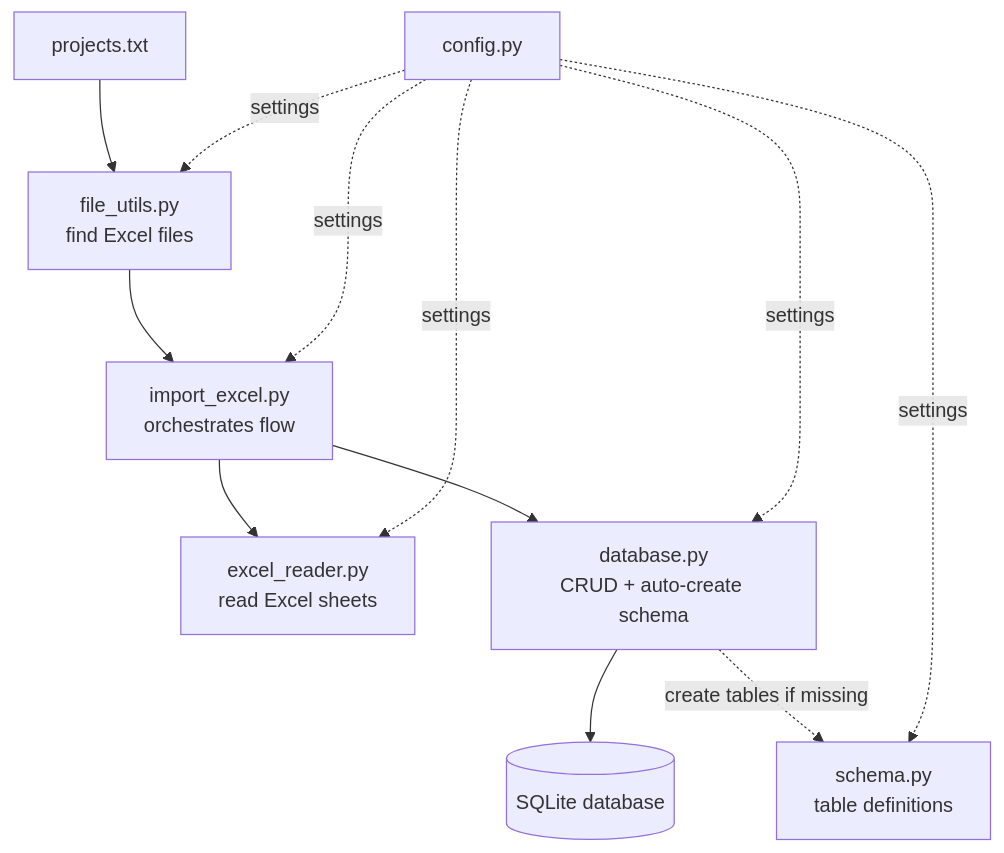
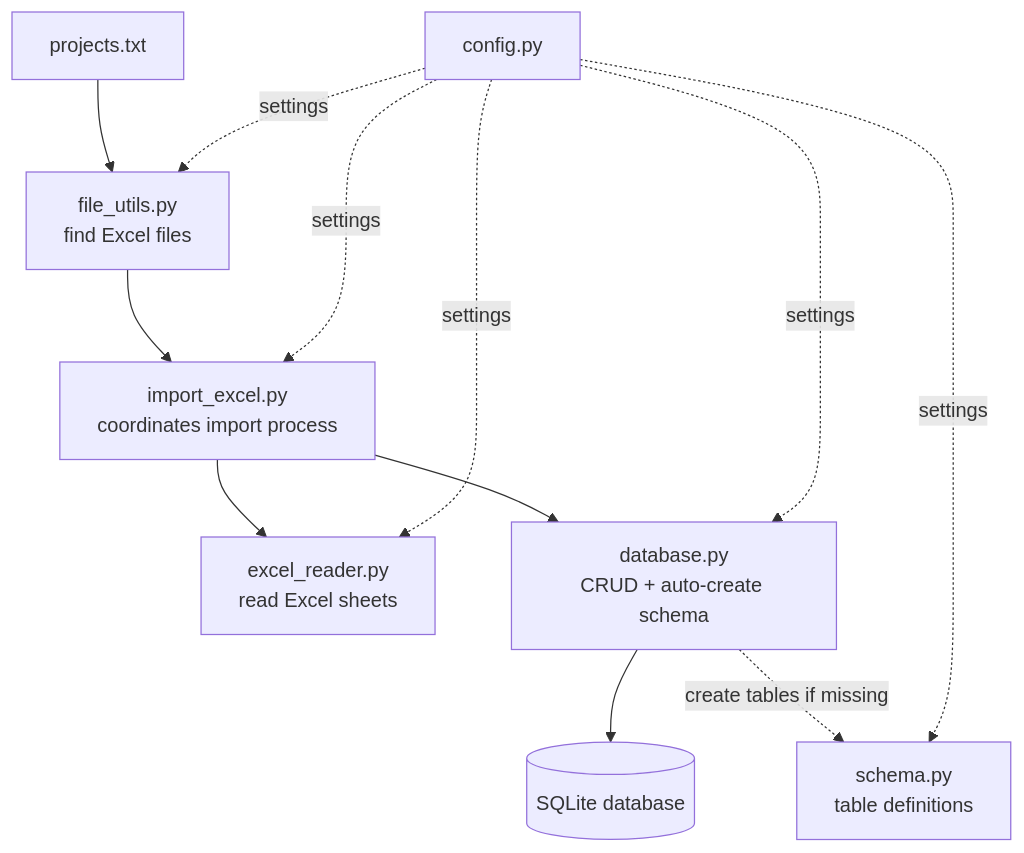
One commit to MarcelinaKunysz/POC-data-warehouse changed the second of 2 diagrams in README.md. Above: the diagram before and after it, drawn with Mermaid. The commit also changed other lines of this file and 8 other files, not shown here.

````diff
--- a/README.md
+++ b/README.md
@@ -55,22 +55,22 @@
 ```mermaid
 flowchart TD
     %% RUNTIME DATA FLOW (who calls whom)
     P["projects.txt"] --> FU["file_utils.py<br/>find Excel files"]
-    FU --> IE["import_excel.py<br/>orchestrates flow"]
+    FU --> IE["import_excel.py<br/>coordinates import process"]
 
     IE --> ER["excel_reader.py<br/>read Excel sheets"]
     IE --> DBM["database.py<br/>CRUD + auto-create schema"]
     DBM --> SQL[(SQLite database)]
 
     %% schema is called only when needed to create tables
     %% (conditional step inside check_database_ready)
     DBM -. create tables if missing .-> SCH["schema.py<br/>table definitions"]
 
     %% config provides settings to all modules (dotted)
     CFG["config.py"]
     CFG -. settings .-> FU
     CFG -. settings .-> ER
     CFG -. settings .-> IE
     CFG -. settings .-> DBM
     CFG -. settings .-> SCH
 ```
````
